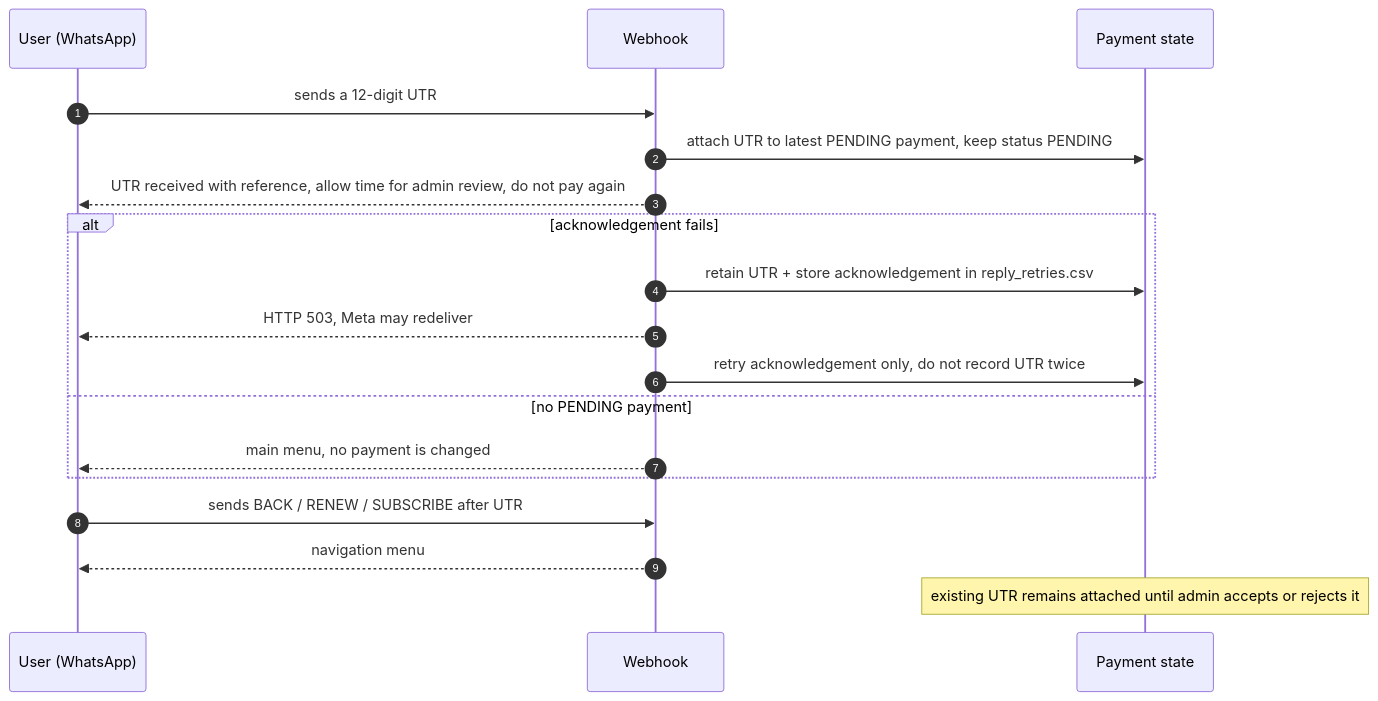
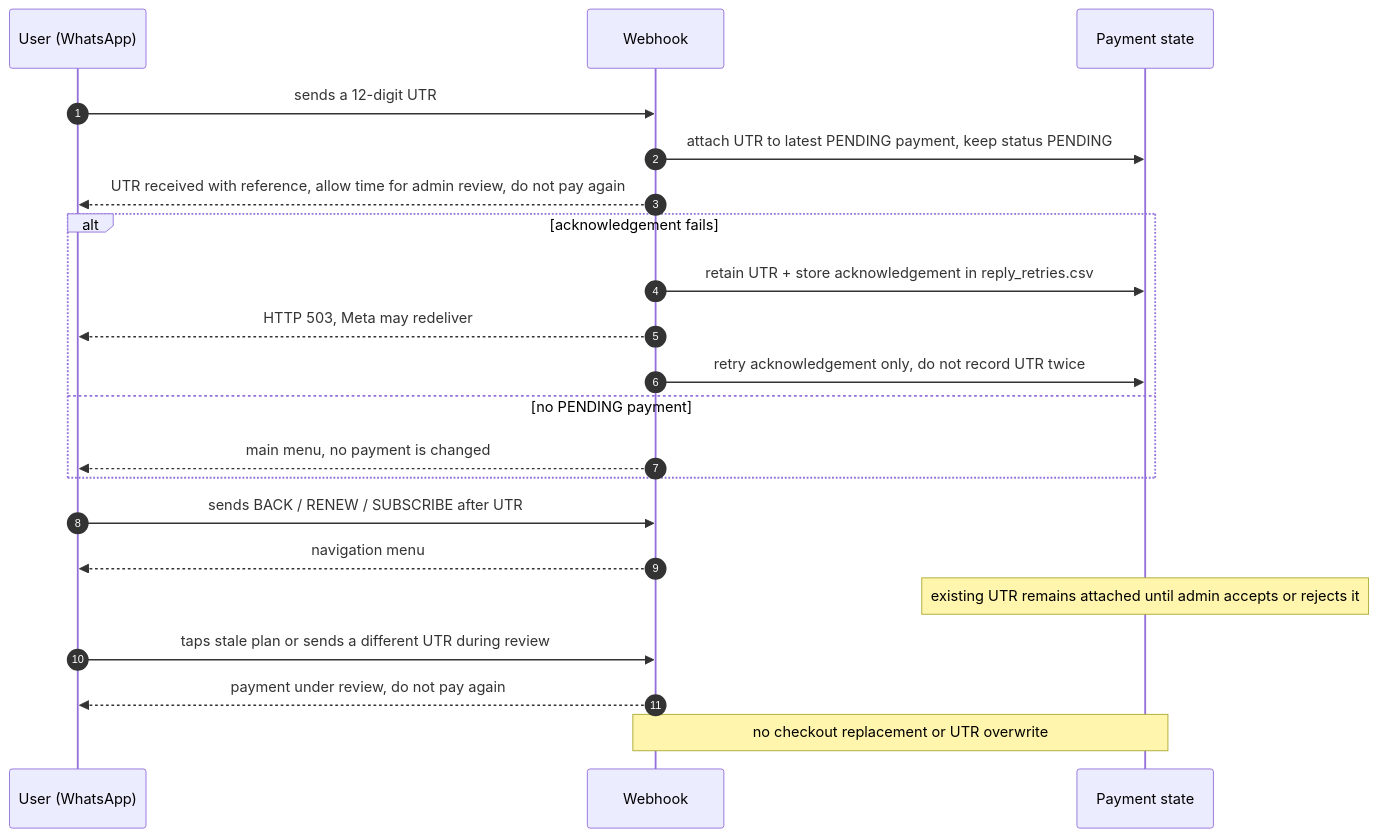
Before and after one commit to mishnit/daily-darshan: the fifth of 10 diagrams in sequence-diagrams.md, drawn with Mermaid. The commit also changed other lines of this file and 7 other files, not shown here.

````diff
--- a/sequence-diagrams.md
+++ b/sequence-diagrams.md
@@ -245,22 +246,25 @@
 ```mermaid
 sequenceDiagram
     autonumber
     participant User as User (WhatsApp)
     participant Web as Webhook
     participant State as Payment state
 
     User->>Web: sends a 12-digit UTR
     Web->>State: attach UTR to latest PENDING payment, keep status PENDING
     Web-->>User: UTR received with reference, allow time for admin review, do not pay again
     alt acknowledgement fails
         Web->>State: retain UTR + store acknowledgement in reply_retries.csv
         Web-->>User: HTTP 503, Meta may redeliver
         Web->>State: retry acknowledgement only, do not record UTR twice
     else no PENDING payment
         Web-->>User: main menu, no payment is changed
     end
 
     User->>Web: sends BACK / RENEW / SUBSCRIBE after UTR
     Web-->>User: navigation menu
     Note over State: existing UTR remains attached until admin accepts or rejects it
+    User->>Web: taps stale plan or sends a different UTR during review
+    Web-->>User: payment under review, do not pay again
+    Note over Web,State: no checkout replacement or UTR overwrite
 ```
````
